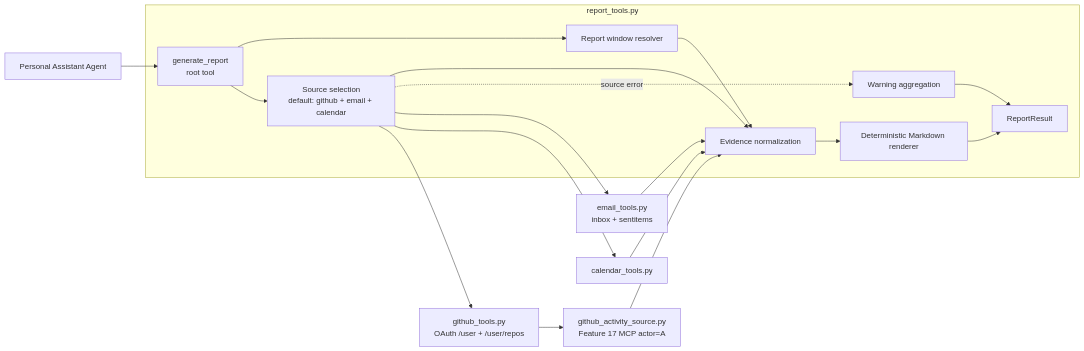
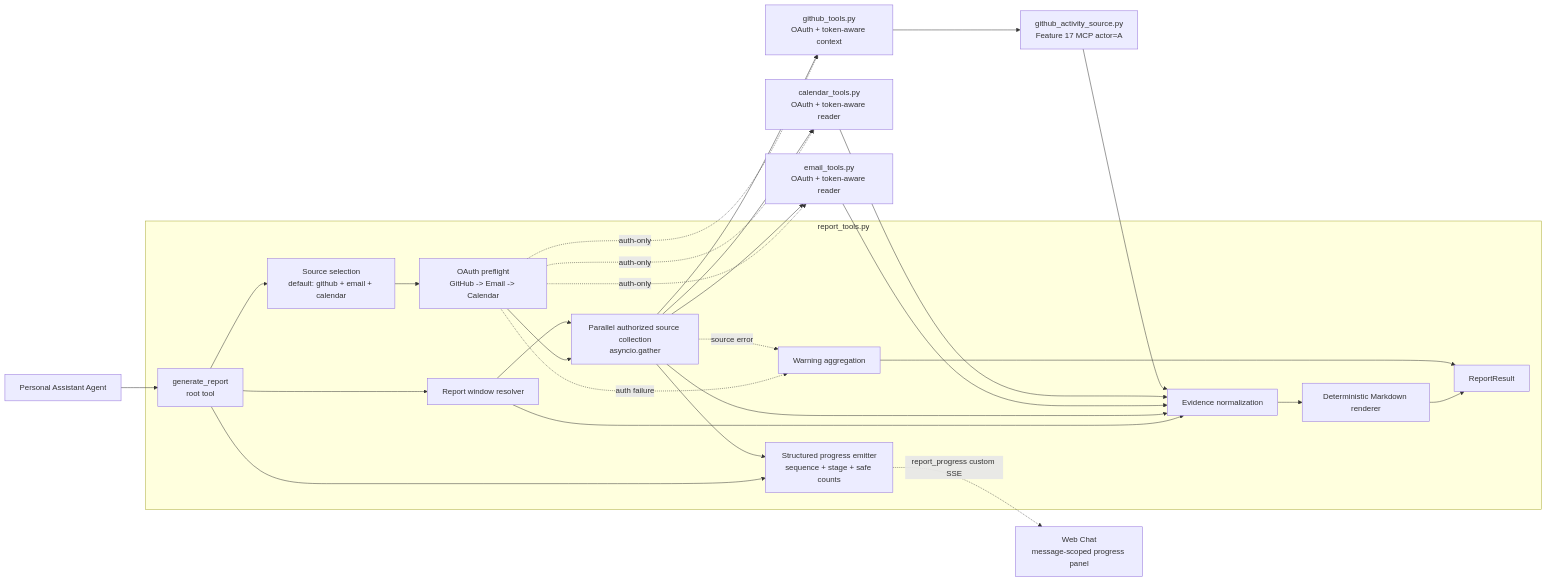
One commit to T-1009/personal-assistant changed the sixth of 8 diagrams in personal-assistant-meta/architecture/overall_architecture.md. Above: the diagram before and after it, drawn with Mermaid. The commit also changed other lines of this file and 30 other files, not shown here.

Commit message:
feat(report): Optimize authorization sequence and report generation progress experience for Feature-18

````diff
--- a/personal-assistant-meta/architecture/overall_architecture.md
+++ b/personal-assistant-meta/architecture/overall_architecture.md
@@ -500,23 +500,33 @@
 ```mermaid
 flowchart LR
     Agent["Personal Assistant Agent"] --> Report["generate_report<br/>root tool"]
 
     subgraph Orchestration["report_tools.py"]
         Report --> Window["Report window resolver"]
         Report --> Selection["Source selection<br/>default: github + email + calendar"]
+        Selection --> Auth["OAuth preflight<br/>GitHub -> Email -> Calendar"]
+        Auth --> Collection["Parallel authorized source collection<br/>asyncio.gather"]
+        Window --> Collection
+        Report --> Progress["Structured progress emitter<br/>sequence + stage + safe counts"]
+        Collection --> Progress
         Window --> Normalize["Evidence normalization"]
-        Selection --> Normalize
+        Collection --> Normalize
         Normalize --> Renderer["Deterministic Markdown renderer"]
-        Selection -. "source error" .-> Warnings["Warning aggregation"]
+        Auth -. "auth failure" .-> Warnings["Warning aggregation"]
+        Collection -. "source error" .-> Warnings
         Renderer --> Result["ReportResult"]
         Warnings --> Result
     end
 
-    Selection --> Email["email_tools.py<br/>inbox + sentitems"]
-    Selection --> Calendar["calendar_tools.py"]
-    Selection --> GitHubOAuth["github_tools.py<br/>OAuth /user + /user/repos"]
+    Auth -. "auth-only" .-> Email["email_tools.py<br/>OAuth + token-aware reader"]
+    Auth -. "auth-only" .-> Calendar["calendar_tools.py<br/>OAuth + token-aware reader"]
+    Auth -. "auth-only" .-> GitHubOAuth["github_tools.py<br/>OAuth + token-aware context"]
+    Collection --> Email
+    Collection --> Calendar
+    Collection --> GitHubOAuth
     GitHubOAuth --> GitHubMCP["github_activity_source.py<br/>Feature 17 MCP actor=A"]
     Email --> Normalize
     Calendar --> Normalize
     GitHubMCP --> Normalize
+    Progress -. "report_progress custom SSE" .-> WebProgress["Web Chat<br/>message-scoped progress panel"]
 ```
````
